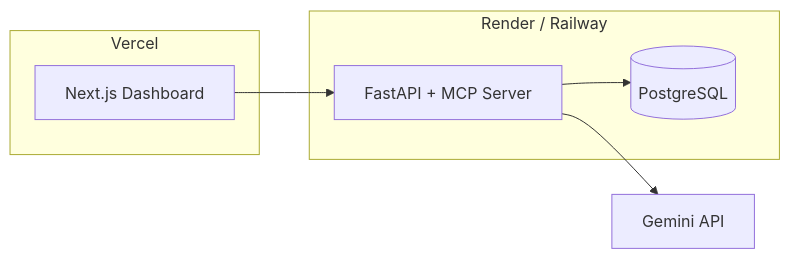
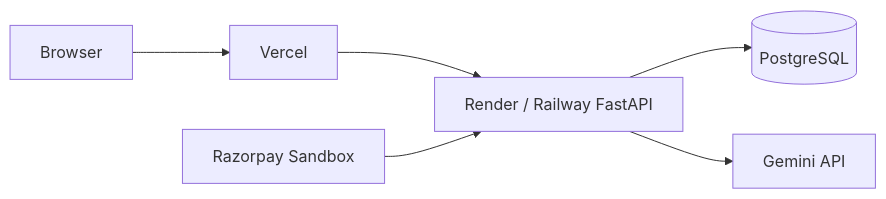
Diagram 11 of 13 in docs/reclaim-system-design.md (arsh342/reclaim), drawn with Mermaid before and after one commit. The commit also changed other lines of this file and 105 other files, not shown here.

````diff
--- a/docs/reclaim-system-design.md
+++ b/docs/reclaim-system-design.md
@@ -272,15 +517,15 @@
 ```mermaid
 flowchart LR
-    subgraph Vercel
-        UI[Next.js Dashboard]
-    end
-    subgraph Render_Railway[Render / Railway]
-        API[FastAPI + MCP Server]
-        PG[(PostgreSQL)]
-    end
-    GEMINI[Gemini API]
+    USER[Browser]
+    VERCEL[Vercel]
+    API[Render / Railway FastAPI]
+    PG[(PostgreSQL)]
+    GEM[Gemini API]
+    RZP[Razorpay Sandbox]
 
-    UI --> API
+    USER --> VERCEL
+    VERCEL --> API
     API --> PG
-    API --> GEMINI
+    API --> GEM
+    RZP --> API
 ```
````
